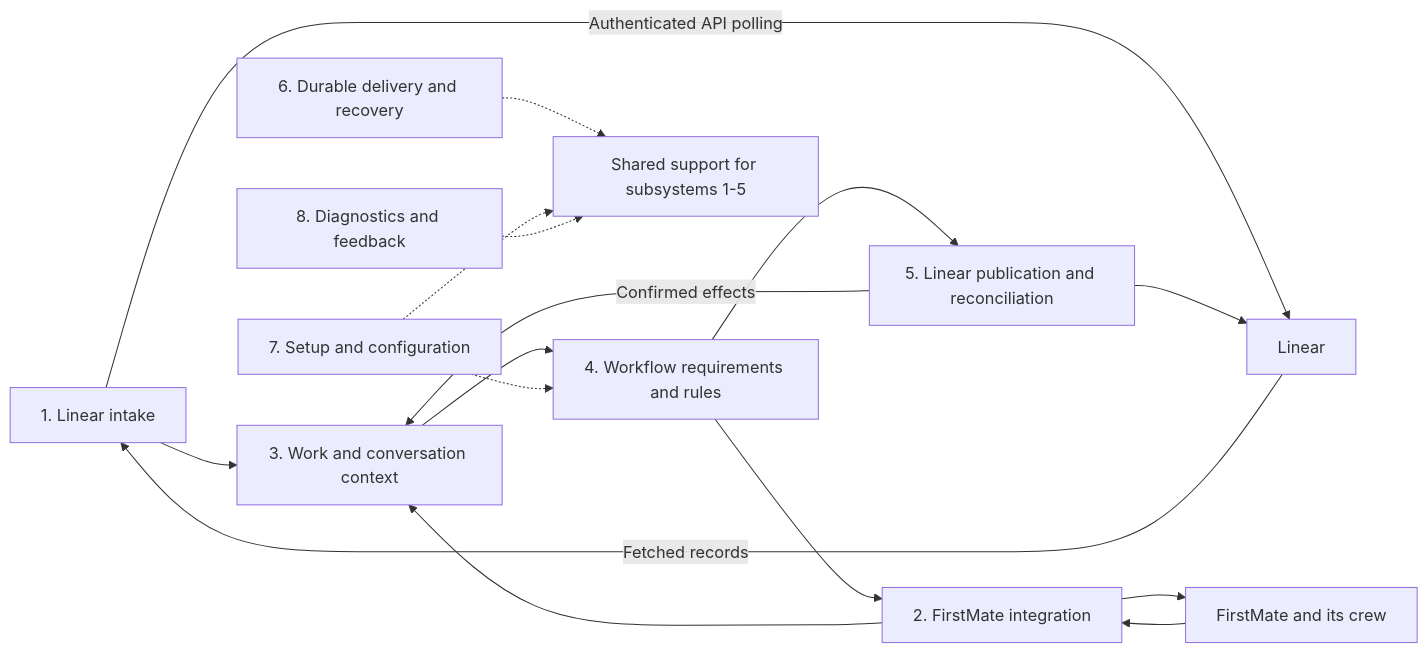
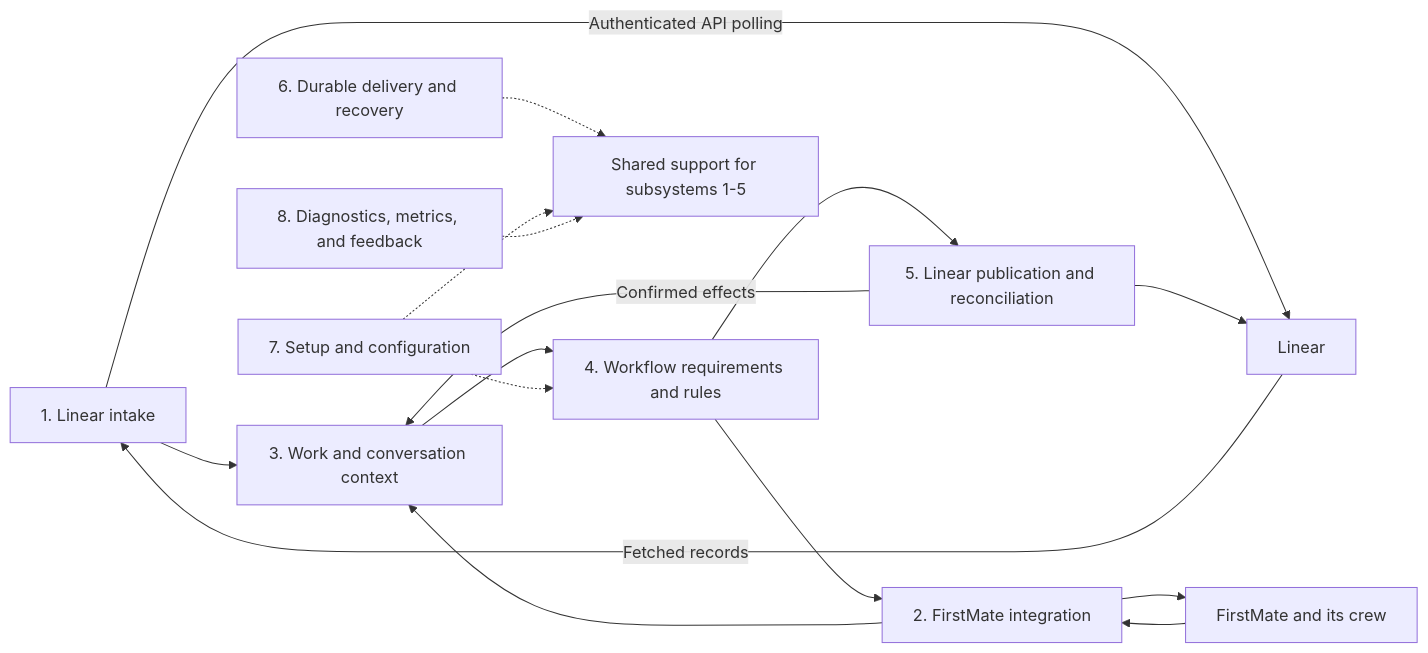
Before and after one commit to josh-padnick/firstmate-linear: the diagram in _internal/ARCHITECTURE.md, drawn with Mermaid. The commit also changed other lines of this file and 55 other files, not shown here.

````diff
--- a/_internal/ARCHITECTURE.md
+++ b/_internal/ARCHITECTURE.md
@@ -37,18 +37,18 @@
 ```mermaid
 flowchart LR
     intake[1. Linear intake] -->|Authenticated API polling| linear[Linear]
     linear -->|Fetched records| intake
     intake --> context[3. Work and conversation context]
     context --> workflow[4. Workflow requirements and rules]
     workflow --> fm[2. FirstMate integration]
     fm --> firstmate[FirstMate and its crew]
     firstmate --> fm
     fm --> context
     workflow --> publish[5. Linear publication and reconciliation]
     publish --> linear
     publish -->|Confirmed effects| context
     setup[7. Setup and configuration] -.-> workflow
     recovery[6. Durable delivery and recovery] -.-> shared[Shared support for subsystems 1-5]
     setup -.-> shared
-    diagnostics[8. Diagnostics and feedback] -.-> shared
+    diagnostics[8. Diagnostics, metrics, and feedback] -.-> shared
 ```
````
